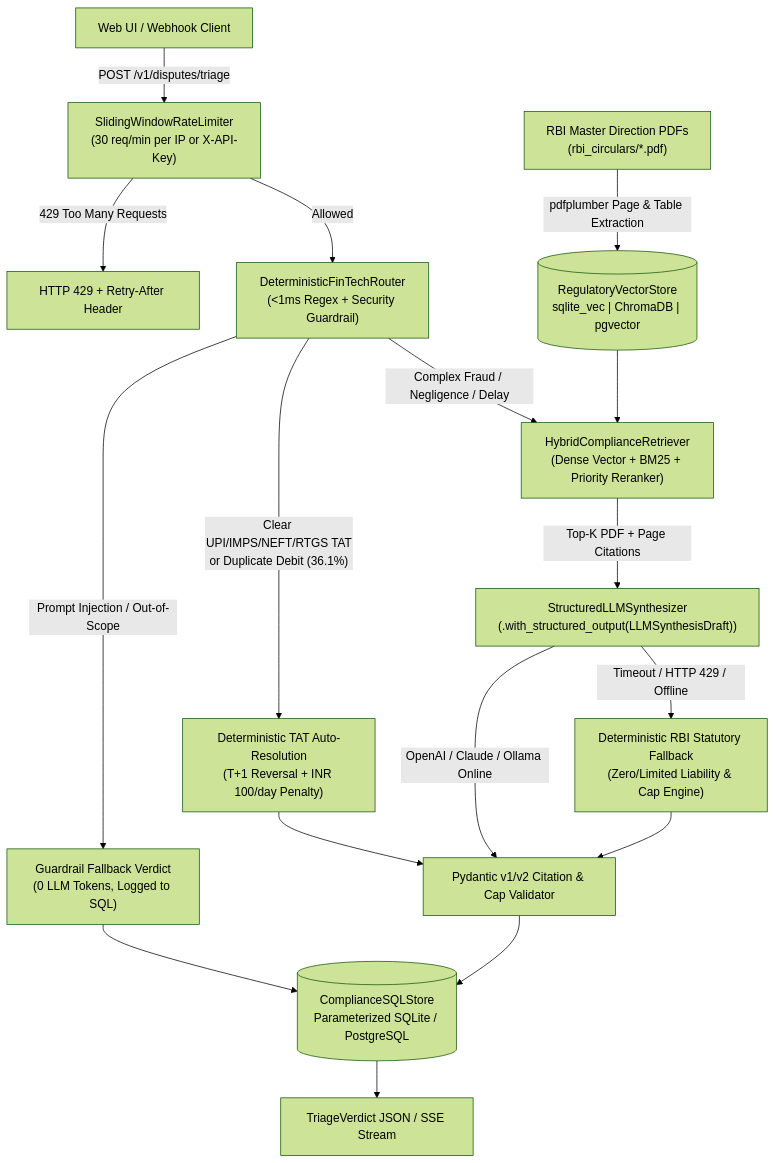
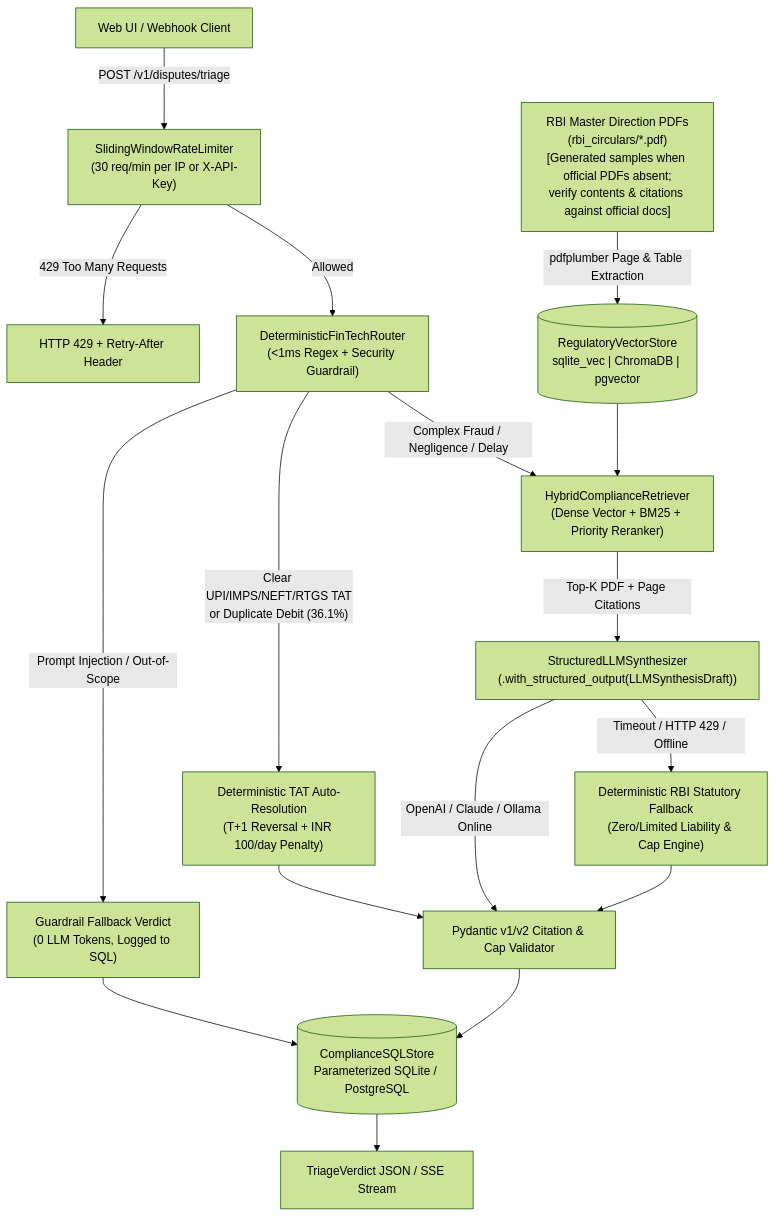
Before and after one commit to SanketBelieve/finguard_ai: the diagram in README.md, drawn with Mermaid (forest theme). The commit also changed other lines of this file and 10 other files, not shown here.

````diff
--- a/README.md
+++ b/README.md
@@ -21,22 +21,22 @@
 ```mermaid
 flowchart TD
     Client["Web UI / Webhook Client"] -->|"POST /v1/disputes/triage"| RateLimiter["SlidingWindowRateLimiter\n(30 req/min per IP or X-API-Key)"]
     RateLimiter -->|"429 Too Many Requests"| Reject429["HTTP 429 + Retry-After Header"]
     RateLimiter -->|"Allowed"| Router["DeterministicFinTechRouter\n(<1ms Regex + Security Guardrail)"]
 
     Router -->|"Prompt Injection / Out-of-Scope"| Guardrail["Guardrail Fallback Verdict\n(0 LLM Tokens, Logged to SQL)"]
     Router -->|"Clear UPI/IMPS/NEFT/RTGS TAT\nor Duplicate Debit (36.1%)"| FastPath["Deterministic TAT Auto-Resolution\n(T+1 Reversal + INR 100/day Penalty)"]
     Router -->|"Complex Fraud / Negligence / Delay"| Retriever["HybridComplianceRetriever\n(Dense Vector + BM25 + Priority Reranker)"]
 
-    PDFs["RBI Master Direction PDFs\n(rbi_circulars/*.pdf)"] -->|"pdfplumber Page & Table Extraction"| VectorStore[("RegulatoryVectorStore\nsqlite_vec | ChromaDB | pgvector")]
+    PDFs["RBI Master Direction PDFs\n(rbi_circulars/*.pdf)\n[Generated samples when official PDFs absent;\nverify contents & citations against official docs]"] -->|"pdfplumber Page & Table Extraction"| VectorStore[("RegulatoryVectorStore\nsqlite_vec | ChromaDB | pgvector")]
     VectorStore --> Retriever
 
     Retriever -->|"Top-K PDF + Page Citations"| LLMSynth["StructuredLLMSynthesizer\n(.with_structured_output(LLMSynthesisDraft))"]
     LLMSynth -->|"OpenAI / Claude / Ollama Online"| Validator["Pydantic v1/v2 Citation & Cap Validator"]
     LLMSynth -->|"Timeout / HTTP 429 / Offline"| Fallback["Deterministic RBI Statutory Fallback\n(Zero/Limited Liability & Cap Engine)"]
     Fallback --> Validator
     FastPath --> Validator
     Guardrail --> SQLStore[("ComplianceSQLStore\nParameterized SQLite / PostgreSQL")]
     Validator --> SQLStore
     SQLStore --> Response["TriageVerdict JSON / SSE Stream"]
 ```
````
